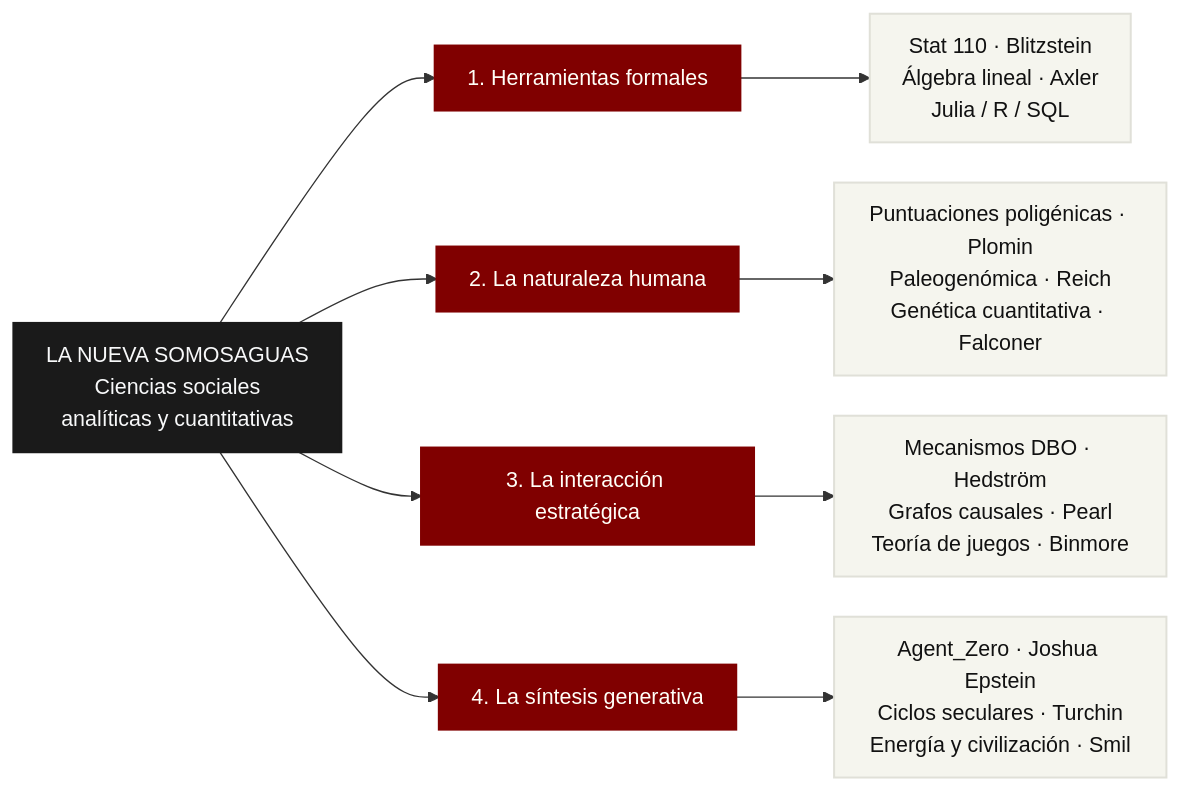
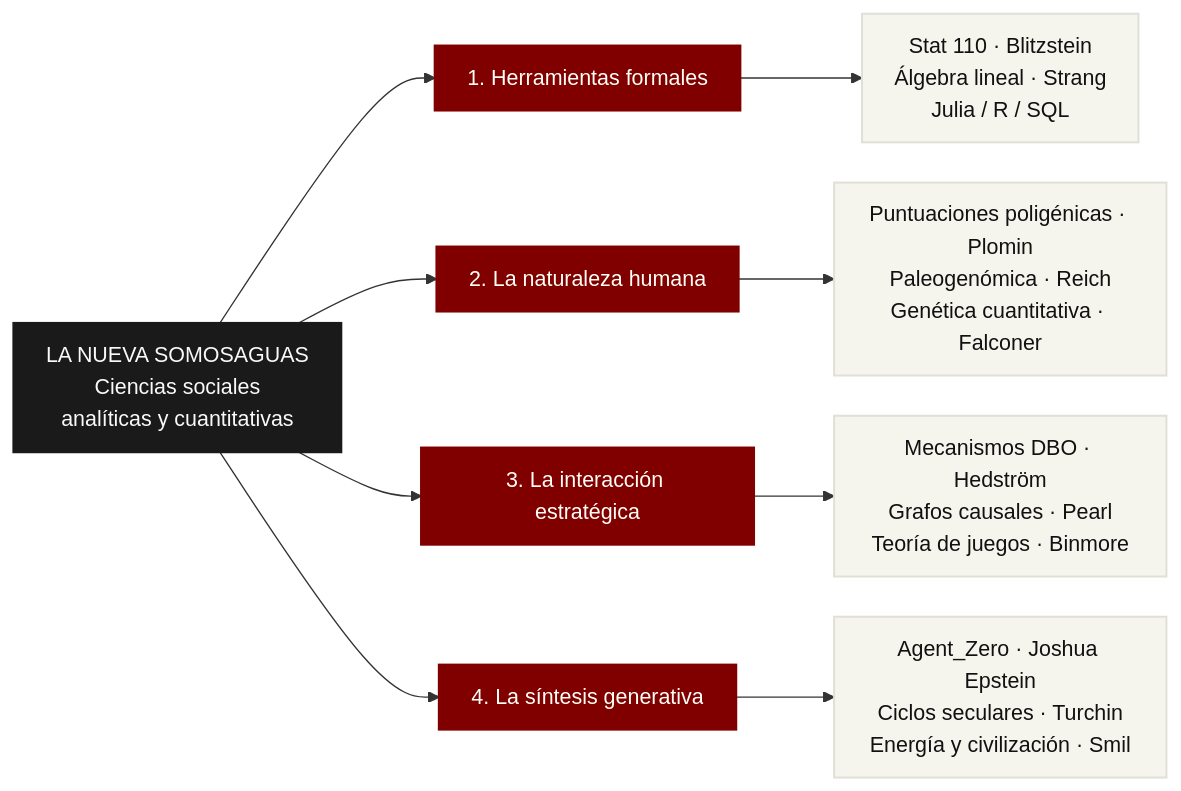
Before and after one commit to danielgccr/nuevasomosaguas: the diagram in index.qmd, drawn with Mermaid. The commit also changed other lines of this file and 9 other files, not shown here.

````diff
--- a/index.qmd
+++ b/index.qmd
@@ -30,26 +30,26 @@
 ```{mermaid}
 %%| label: fig-pilares
 %%| fig-cap: "Los cuatro pilares de la consiliencia y sus referencias fundacionales."
 
 %%{init: {"flowchart": {"htmlLabels": false, "nodeSpacing": 30, "rankSpacing": 60, "padding": 12, "useMaxWidth": true}}}%%
 flowchart LR
     NS["LA NUEVA SOMOSAGUAS<br/>Ciencias sociales<br/>analíticas y cuantitativas"]
 
     NS --> P1["1. Herramientas formales"]
     NS --> P2["2. La naturaleza humana"]
     NS --> P3["3. La interacción estratégica"]
     NS --> P4["4. La síntesis generativa"]
 
-    P1 --> R1["Stat 110 · Blitzstein<br/>Álgebra lineal · Axler<br/>Julia / R / SQL"]
+    P1 --> R1["Stat 110 · Blitzstein<br/>Álgebra lineal · Strang<br/>Julia / R / SQL"]
     P2 --> R2["Puntuaciones poligénicas · Plomin<br/>Paleogenómica · Reich<br/>Genética cuantitativa · Falconer"]
     P3 --> R3["Mecanismos DBO · Hedström<br/>Grafos causales · Pearl<br/>Teoría de juegos · Binmore"]
     P4 --> R4["Agent_Zero · Joshua Epstein<br/>Ciclos seculares · Turchin<br/>Energía y civilización · Smil"]
 
     classDef raiz fill:#1a1a1a,stroke:#1a1a1a,stroke-width:2px,color:#f8f9fa
     classDef pilar fill:#800000,stroke:#800000,stroke-width:2px,color:#fffff8
     classDef ref fill:#f5f5ee,stroke:#e0e0d8,stroke-width:1.5px,color:#111111
 
     class NS raiz
     class P1,P2,P3,P4 pilar
     class R1,R2,R3,R4 ref
 ```
````
